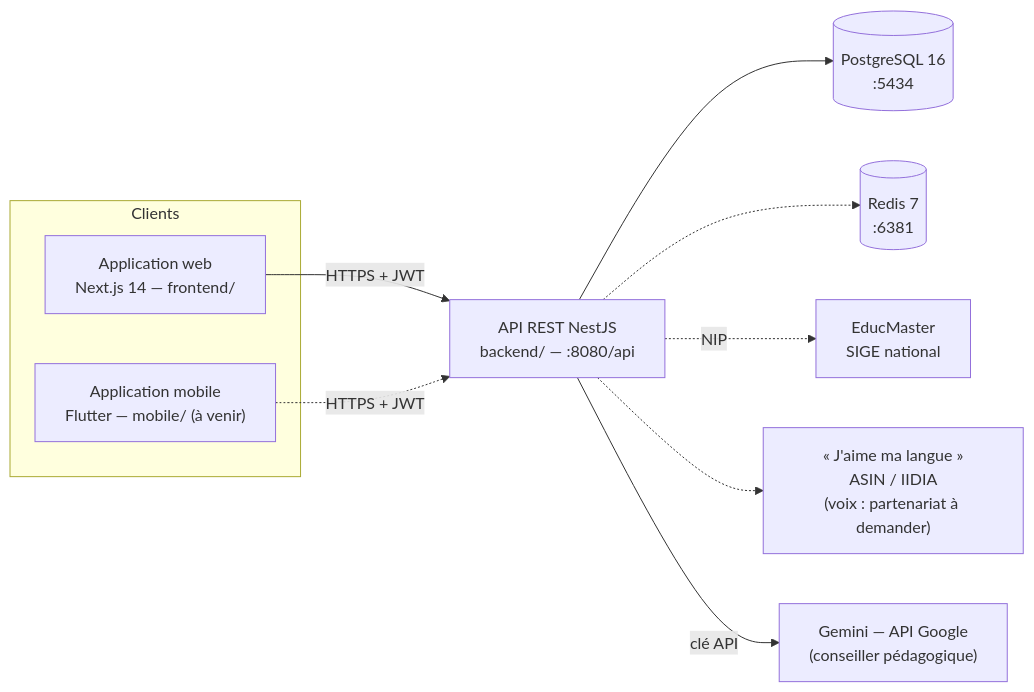
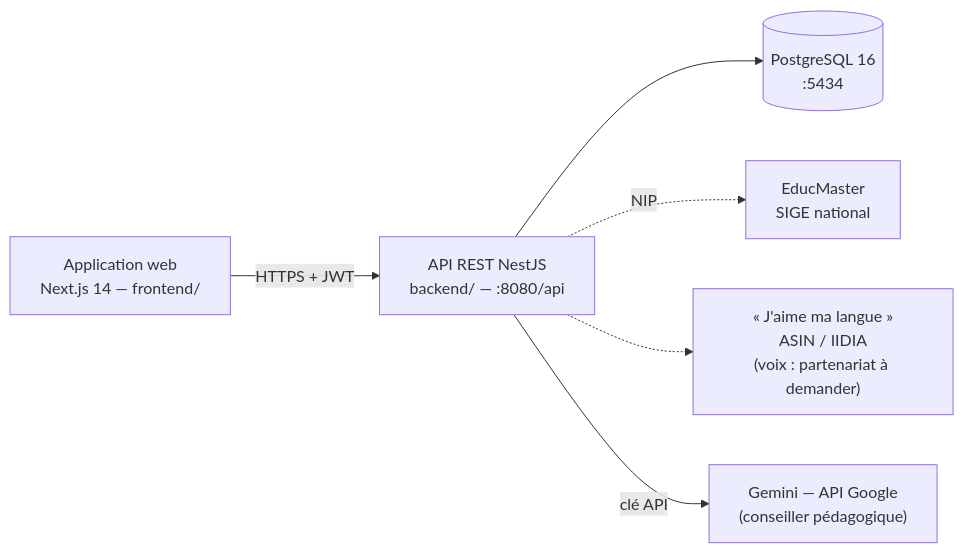
The diagram in README.md (Team-D-MESRS/Mon-Orientation), drawn with Mermaid before and after one commit. The commit also changed other lines of this file and 7 other files, not shown here.

First line of the commit message:
docs: rafraîchir les guides après la fiche unique, l'abandon du mobile et le nettoyage Redis

````diff
--- a/README.md
+++ b/README.md
@@ -65,21 +65,15 @@
 ```mermaid
 flowchart LR
-  subgraph Clients
-    W["Application web<br/>Next.js 14 — frontend/"]
-    M["Application mobile<br/>Flutter — mobile/ (à venir)"]
-  end
+  W["Application web<br/>Next.js 14 — frontend/"]
   API["API REST NestJS<br/>backend/ — :8080/api"]
   DB[("PostgreSQL 16<br/>:5434")]
-  R[("Redis 7<br/>:6381")]
   EM["EducMaster<br/>SIGE national"]
   JML["« J'aime ma langue »<br/>ASIN / IIDIA<br/>(voix : partenariat à demander)"]
   LLM["Gemini — API Google<br/>(conseiller pédagogique)"]
 
   W -->|HTTPS + JWT| API
-  M -.->|HTTPS + JWT| API
   API --> DB
-  API -.-> R
   API -.->|NIP| EM
   API -.-> JML
   API -->|clé API| LLM
 ```
````
